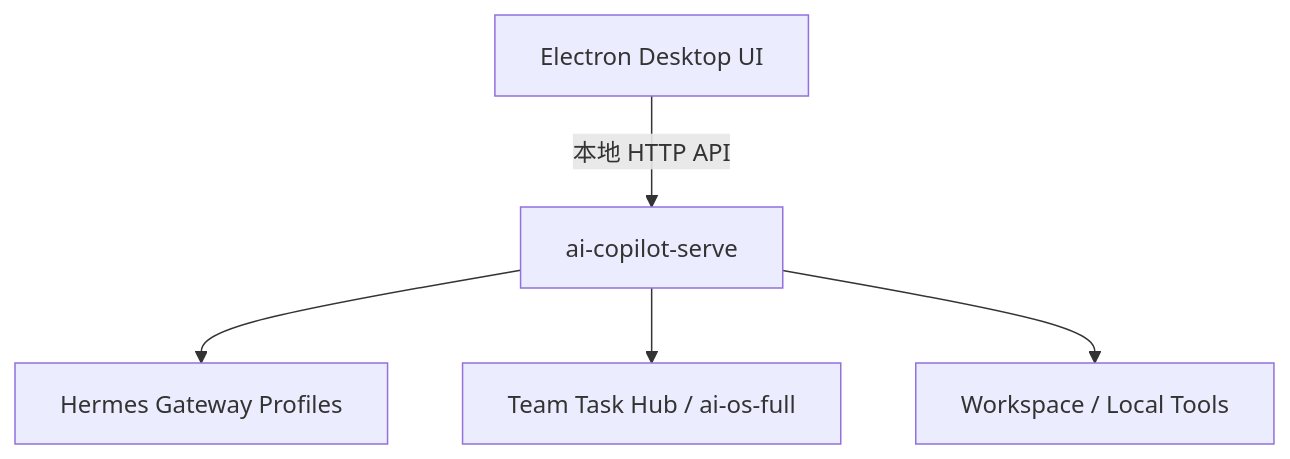
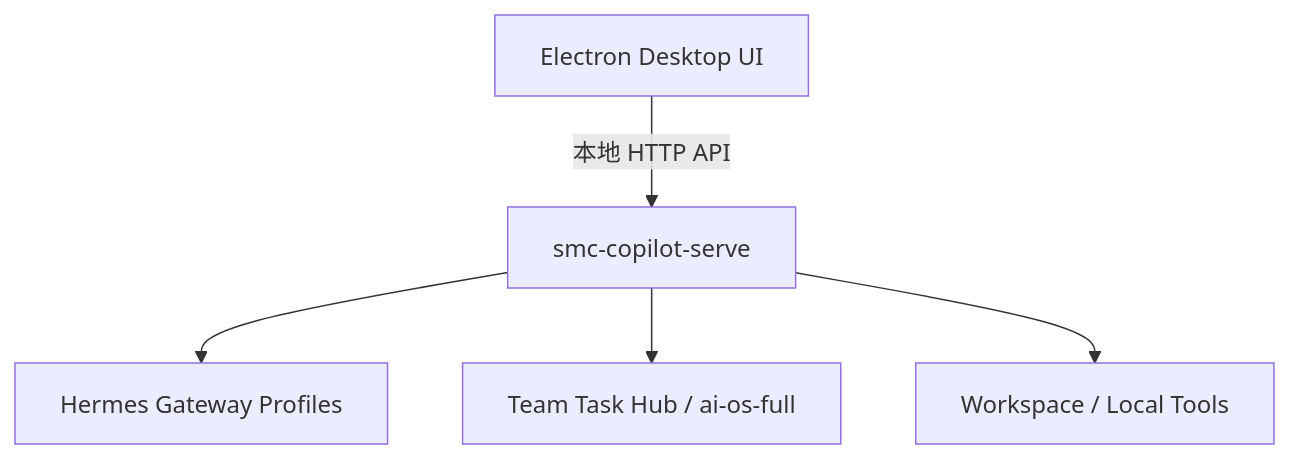
One commit to loudon84/ai-os-serve changed the first of 2 diagrams in .cursor/plans/prd_v1.0_解读_966ac43a.plan.md. Above: the diagram before and after it, drawn with Mermaid. The commit also changed other lines of this file and 49 other files, not shown here.

````diff
--- a/.cursor/plans/prd_v1.0_解读_966ac43a.plan.md
+++ b/.cursor/plans/prd_v1.0_解读_966ac43a.plan.md
@@ -32,13 +32,13 @@
 ```mermaid
 flowchart TB
   ElectronUI["Electron Desktop UI"]
-  CopilotServe["ai-copilot-serve"]
+  CopilotServe["smc-copilot-serve"]
   GatewayProfiles["Hermes Gateway Profiles"]
   TeamHub["Team Task Hub / ai-os-full"]
   Workspace["Workspace / Local Tools"]
 
   ElectronUI -->|"本地 HTTP API"| CopilotServe
   CopilotServe --> GatewayProfiles
   CopilotServe --> TeamHub
   CopilotServe --> Workspace
 ```
````
